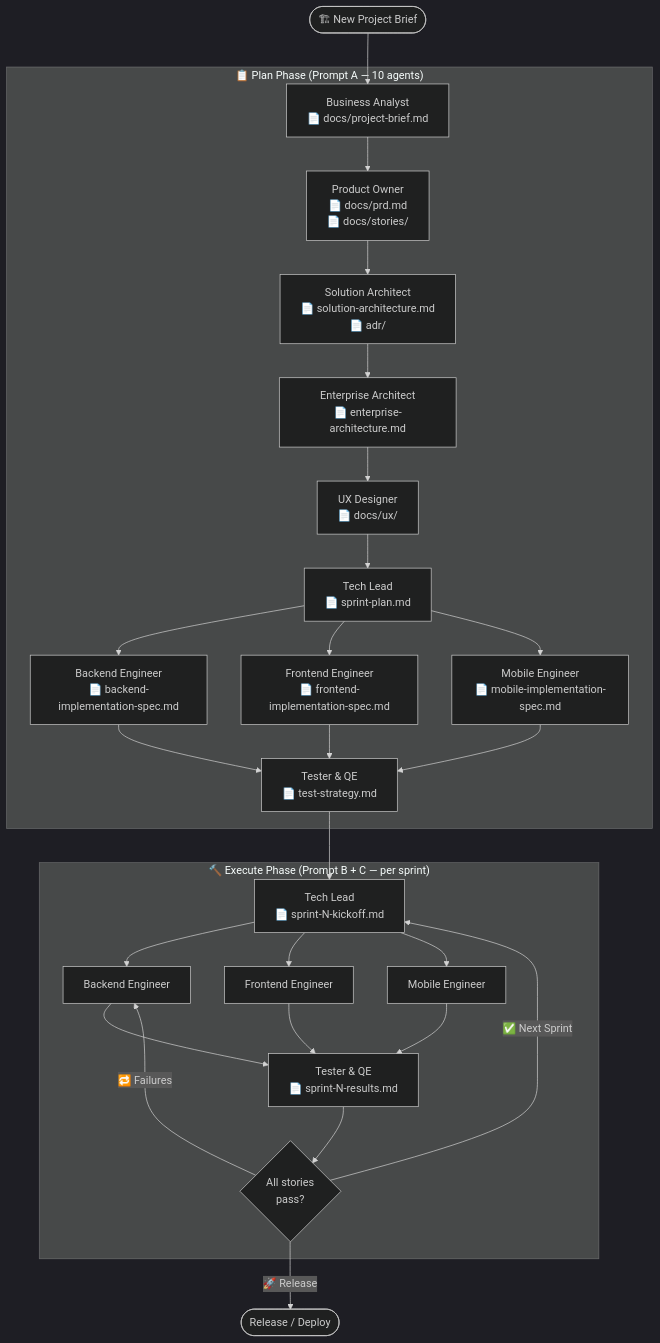
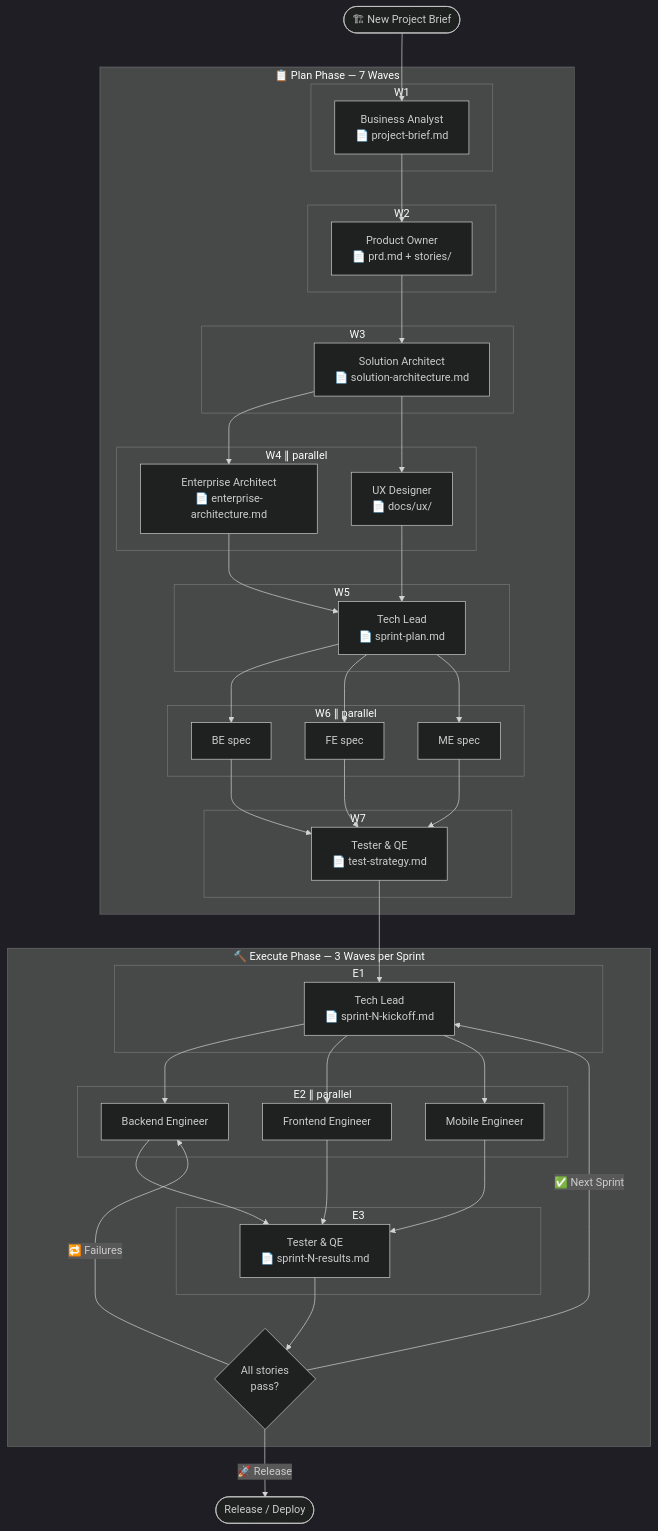
One commit to simbataisa/agent-skill-plugin changed the first of 5 diagrams in bmad-sdlc-agents/README.md. Above: the diagram before and after it, drawn with Mermaid (dark theme). The commit also changed other lines of this file and 11 other files, not shown here.

Commit message:
docs: define parallel execution waves and update agent handoff protocols in SKILL.md files and README.

````diff
--- a/bmad-sdlc-agents/README.md
+++ b/bmad-sdlc-agents/README.md
@@ -1705,38 +1766,61 @@
 ```mermaid
 flowchart TD
     START([🏗 New Project Brief]) --> BA
 
-    subgraph PLAN["📋 Plan Phase (Prompt A — 10 agents)"]
-        BA["Business Analyst\n📄 docs/project-brief.md"]
-        PO["Product Owner\n📄 docs/prd.md\n📄 docs/stories/"]
-        SA["Solution Architect\n📄 solution-architecture.md\n📄 adr/"]
-        EA["Enterprise Architect\n📄 enterprise-architecture.md"]
-        UX["UX Designer\n📄 docs/ux/"]
-        TL_PLAN["Tech Lead\n📄 sprint-plan.md"]
-        BE_SPEC["Backend Engineer\n📄 backend-implementation-spec.md"]
-        FE_SPEC["Frontend Engineer\n📄 frontend-implementation-spec.md"]
-        ME_SPEC["Mobile Engineer\n📄 mobile-implementation-spec.md"]
-        TQE_STRAT["Tester & QE\n📄 test-strategy.md"]
+    subgraph PLAN["📋 Plan Phase — 7 Waves"]
+        subgraph W1["W1"]
+            BA["Business Analyst\n📄 project-brief.md"]
+        end
+        subgraph W2["W2"]
+            PO["Product Owner\n📄 prd.md + stories/"]
+        end
+        subgraph W3["W3"]
+            SA["Solution Architect\n📄 solution-architecture.md"]
+        end
+        subgraph W4["W4 ∥ parallel"]
+            EA["Enterprise Architect\n📄 enterprise-architecture.md"]
+            UX["UX Designer\n📄 docs/ux/"]
+        end
+        subgraph W5["W5"]
+            TL_PLAN["Tech Lead\n📄 sprint-plan.md"]
+        end
+        subgraph W6["W6 ∥ parallel"]
+            BE_SPEC["BE spec"]
+            FE_SPEC["FE spec"]
+            ME_SPEC["ME spec"]
+        end
+        subgraph W7["W7"]
+            TQE_STRAT["Tester & QE\n📄 test-strategy.md"]
+        end
 
-        BA --> PO --> SA --> EA --> UX --> TL_PLAN
+        BA --> PO --> SA
+        SA --> EA & UX
+        EA & UX --> TL_PLAN
         TL_PLAN --> BE_SPEC & FE_SPEC & ME_SPEC
         BE_SPEC & FE_SPEC & ME_SPEC --> TQE_STRAT
     end
 
     TQE_STRAT --> KICKOFF
 
-    subgraph EXEC["🔨 Execute Phase (Prompt B + C — per sprint)"]
-        KICKOFF["Tech Lead\n📄 sprint-N-kickoff.md"]
-        BE["Backend Engineer"]
-        FE["Frontend Engineer"]
-        ME["Mobile Engineer"]
-        TQE["Tester & QE\n📄 sprint-N-results.md"]
+    subgraph EXEC["🔨 Execute Phase — 3 Waves per Sprint"]
+        subgraph E1["E1"]
+            KICKOFF["Tech Lead\n📄 sprint-N-kickoff.md"]
+        end
+        subgraph E2["E2 ∥ parallel"]
+            BE["Backend Engineer"]
+            FE["Frontend Engineer"]
+            ME["Mobile Engineer"]
+        end
+        subgraph E3["E3"]
+            TQE["Tester & QE\n📄 sprint-N-results.md"]
+        end
         PASS{All stories\npass?}
 
-        KICKOFF --> BE & FE & ME --> TQE --> PASS
+        KICKOFF --> BE & FE & ME
+        BE & FE & ME --> TQE --> PASS
         PASS -->|"🔁 Failures"| BE
         PASS -->|"✅ Next Sprint"| KICKOFF
     end
 
     PASS -->|"🚀 Release"| DONE([Release / Deploy])
 ```
````
